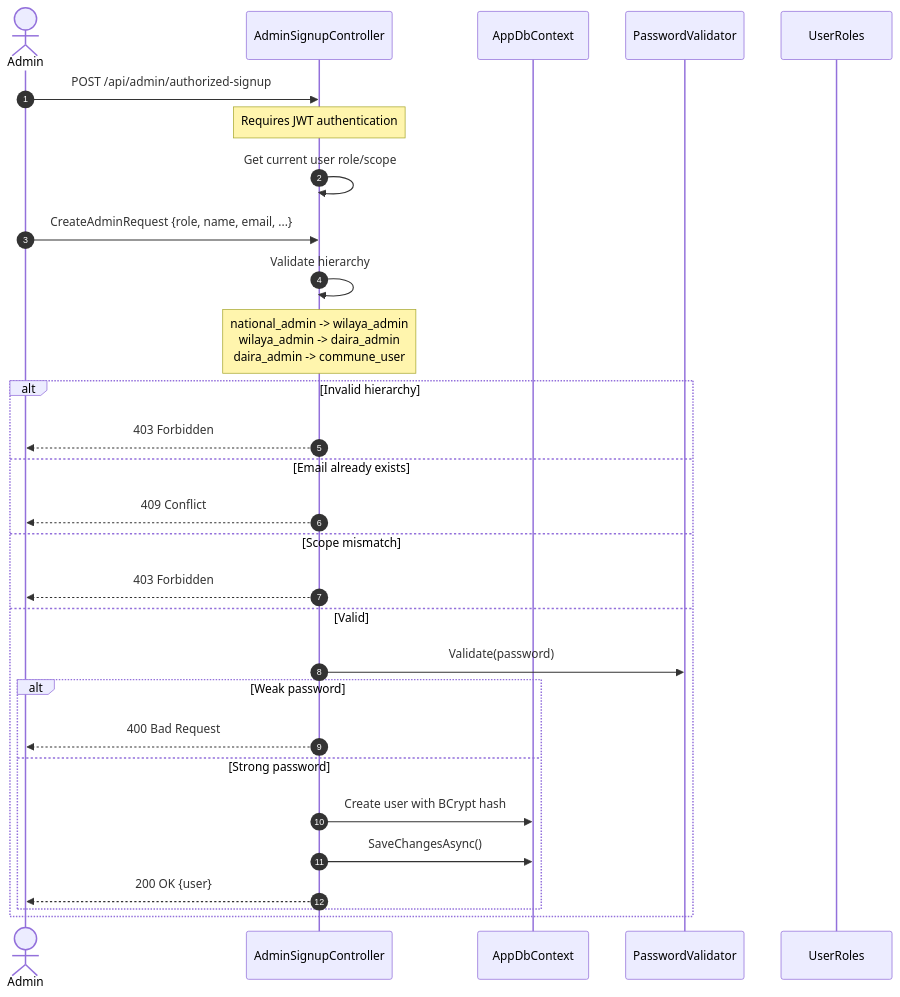
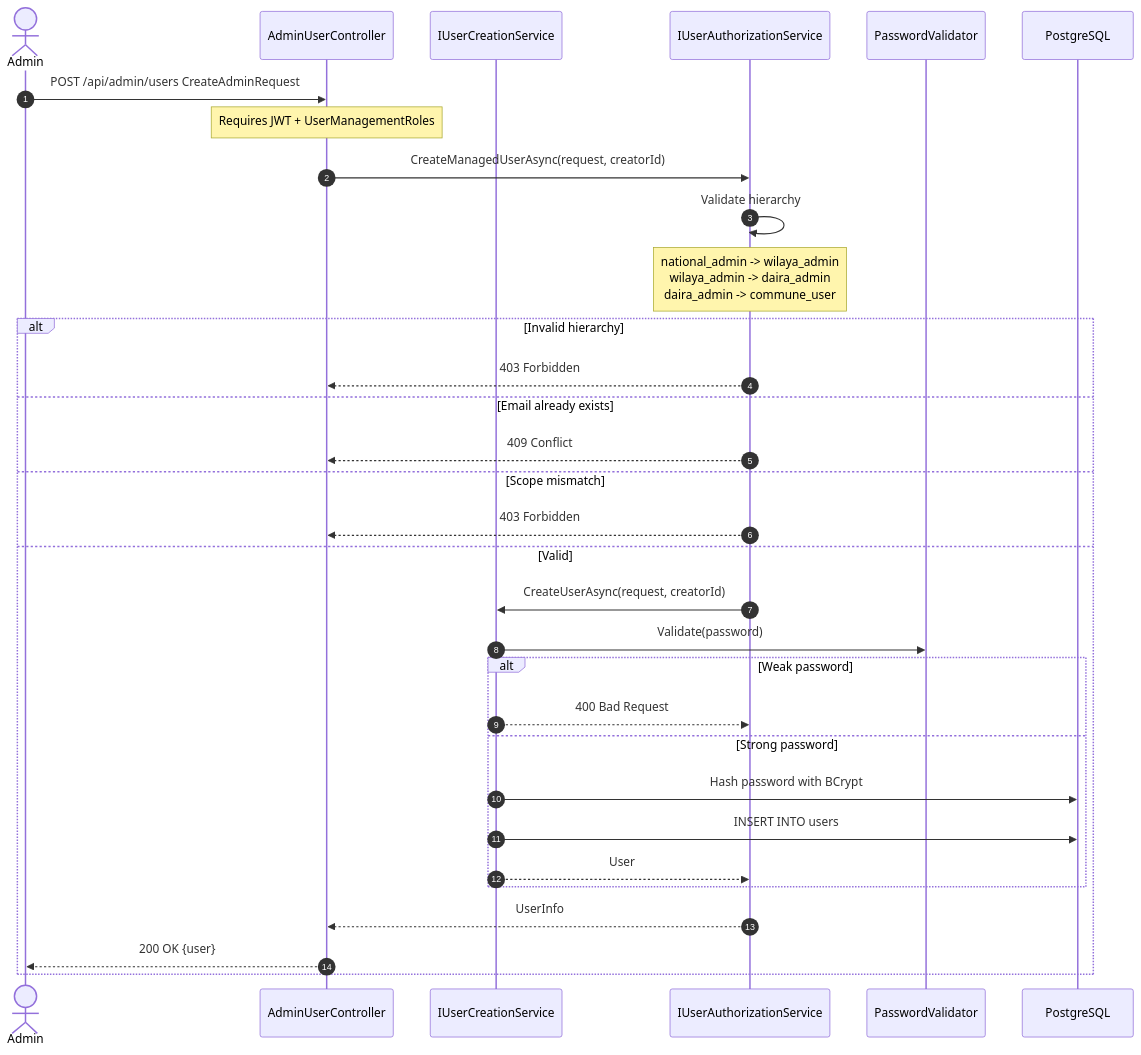
Before and after one commit to Zuhir-Benslama/NARS: the sixth of 7 diagrams in docs/uml/nars-sequence-diagram.md, drawn with Mermaid. The commit also changed other lines of this file and 115 other files, not shown here.

First line of the commit message:
fix: code-quality campaign + CI workflow + UML refresh

````diff
--- a/docs/uml/nars-sequence-diagram.md
+++ b/docs/uml/nars-sequence-diagram.md
@@ -116,35 +240,37 @@
 ```mermaid
 sequenceDiagram
     autonumber
     actor Admin
-    participant AdminSignupController
-    participant AppDbContext
+    participant AdminUserController
+    participant IUserCreationService
+    participant IUserAuthorizationService
     participant PasswordValidator
-    participant UserRoles
+    participant PostgreSQL
 
-    Admin->>AdminSignupController: POST /api/admin/authorized-signup
-    Note over AdminSignupController: Requires JWT authentication
+    Admin->>AdminUserController: POST /api/admin/users CreateAdminRequest
+    Note over AdminUserController: Requires JWT + UserManagementRoles
 
-    AdminSignupController->>AdminSignupController: Get current user role/scope
-    Admin->>AdminSignupController: CreateAdminRequest {role, name, email, ...}
-
-    AdminSignupController->>AdminSignupController: Validate hierarchy
-    Note over AdminSignupController: national_admin -> wilaya_admin<br/>wilaya_admin -> daira_admin<br/>daira_admin -> commune_user
+    AdminUserController->>IUserAuthorizationService: CreateManagedUserAsync(request, creatorId)
+    IUserAuthorizationService->>IUserAuthorizationService: Validate hierarchy
+    Note over IUserAuthorizationService: national_admin -> wilaya_admin<br/>wilaya_admin -> daira_admin<br/>daira_admin -> commune_user
 
     alt Invalid hierarchy
-        AdminSignupController-->>Admin: 403 Forbidden
+        IUserAuthorizationService-->>AdminUserController: 403 Forbidden
     else Email already exists
-        AdminSignupController-->>Admin: 409 Conflict
+        IUserAuthorizationService-->>AdminUserController: 409 Conflict
     else Scope mismatch
-        AdminSignupController-->>Admin: 403 Forbidden
+        IUserAuthorizationService-->>AdminUserController: 403 Forbidden
     else Valid
-        AdminSignupController->>PasswordValidator: Validate(password)
+        IUserAuthorizationService->>IUserCreationService: CreateUserAsync(request, creatorId)
+        IUserCreationService->>PasswordValidator: Validate(password)
         alt Weak password
-            AdminSignupController-->>Admin: 400 Bad Request
+            IUserCreationService-->>IUserAuthorizationService: 400 Bad Request
         else Strong password
-            AdminSignupController->>AppDbContext: Create user with BCrypt hash
-            AdminSignupController->>AppDbContext: SaveChangesAsync()
-            AdminSignupController-->>Admin: 200 OK {user}
+            IUserCreationService->>PostgreSQL: Hash password with BCrypt
+            IUserCreationService->>PostgreSQL: INSERT INTO users
+            IUserCreationService-->>IUserAuthorizationService: User
         end
+        IUserAuthorizationService-->>AdminUserController: UserInfo
+        AdminUserController-->>Admin: 200 OK {user}
     end
 ```
````
